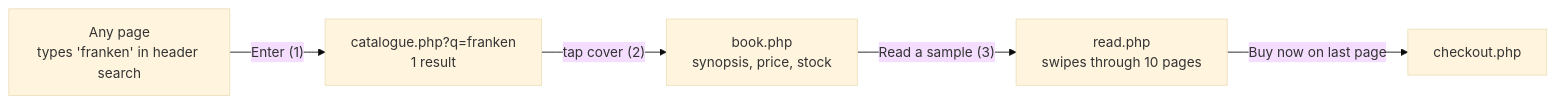
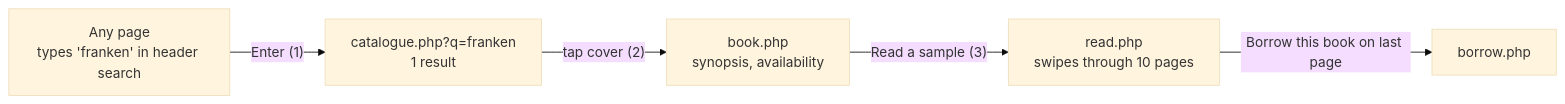
One commit to vionyp/IE4727-F35-DG14 changed the first of 3 diagrams in booknest/docs/STORYBOARD.md. Above: the diagram before and after it, drawn with Mermaid (base theme). The commit also changed other lines of this file and 41 other files, not shown here.

````diff
--- a/booknest/docs/STORYBOARD.md
+++ b/booknest/docs/STORYBOARD.md
@@ -9,7 +9,7 @@
 ```mermaid
 flowchart LR
     A["Any page<br/>types 'franken' in header search"] -->|"Enter (1)"| B["catalogue.php?q=franken<br/>1 result"]
-    B -->|"tap cover (2)"| C["book.php<br/>synopsis, price, stock"]
+    B -->|"tap cover (2)"| C["book.php<br/>synopsis, availability"]
     C -->|"Read a sample (3)"| D["read.php<br/>swipes through 10 pages"]
-    D -->|"Buy now on last page"| E["checkout.php"]
+    D -->|"Borrow this book on last page"| E["borrow.php"]
 ```
````
